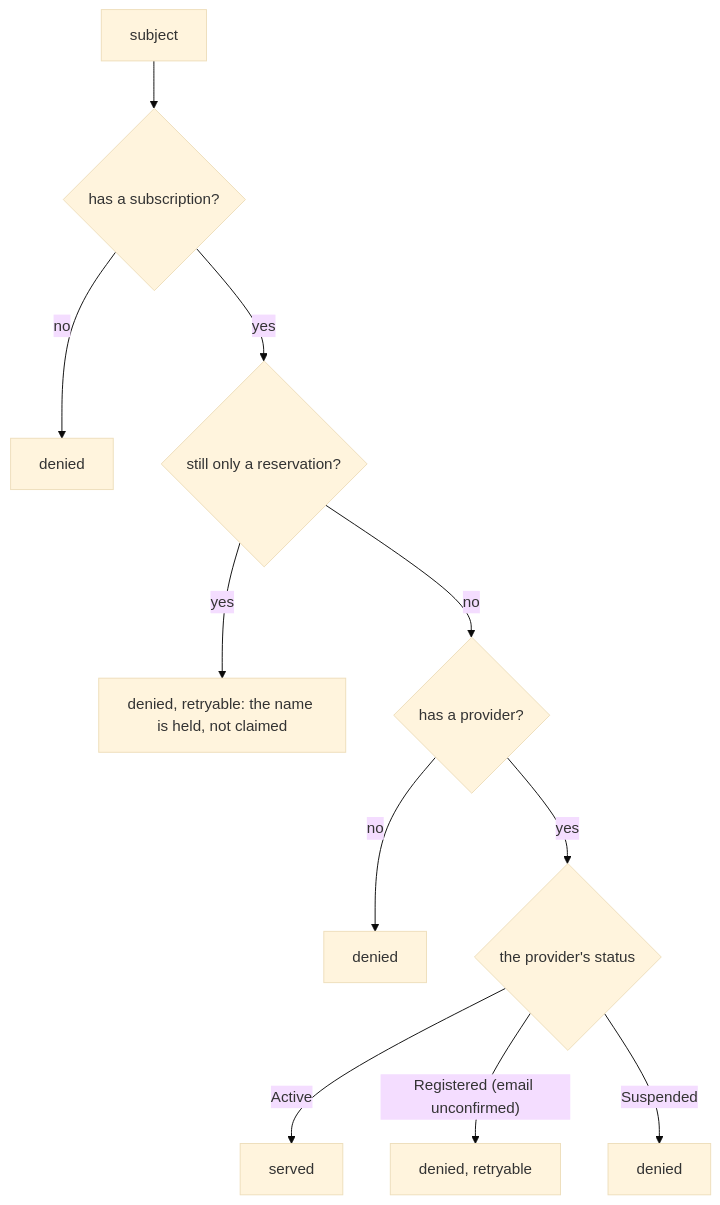
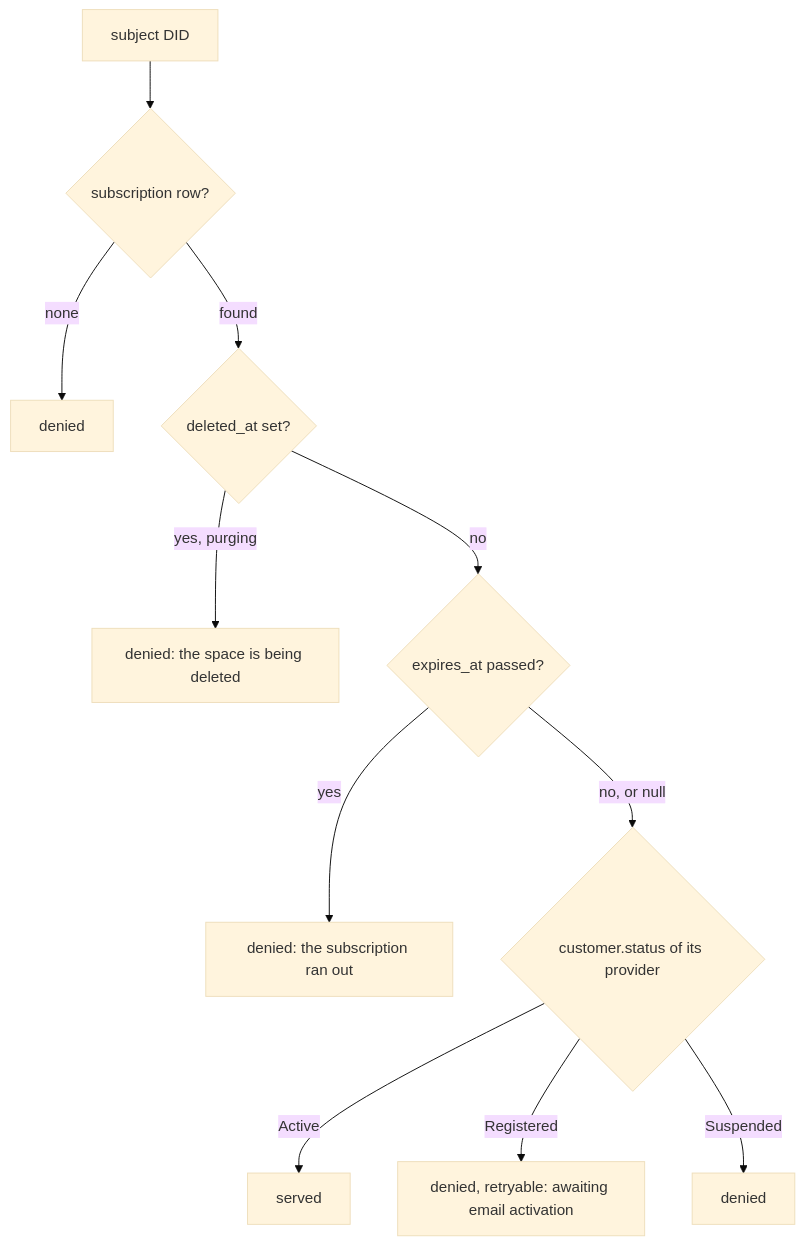
Before and after one commit to tonk-labs/tonk: the second of 3 diagrams in docs/access-control-schema.md, drawn with Mermaid (base theme). The commit also changed other lines of this file and 19 other files, not shown here.

````diff
--- a/docs/access-control-schema.md
+++ b/docs/access-control-schema.md
@@ -81,13 +80,13 @@
 ```mermaid
 flowchart TD
-    A["subject"] --> D{"has a subscription?"}
-    D -->|no| E["denied"]
-    D -->|yes| F{"still only a reservation?"}
-    F -->|yes| G["denied, retryable: the name is held, not claimed"]
-    F -->|no| H{"has a provider?"}
-    H -->|no| I["denied"]
-    H -->|yes| Z{"the provider's status"}
+    A["subject DID"] --> D{"subscription row?"}
+    D -->|none| E["denied"]
+    D -->|found| X{"deleted_at set?"}
+    X -->|yes, purging| Y["denied: the space is being deleted"]
+    X -->|no| F{"expires_at passed?"}
+    F -->|yes| G["denied: the subscription ran out"]
+    F -->|"no, or null"| Z{"customer.status of its provider"}
     Z -->|Active| K["served"]
-    Z -->|"Registered (email unconfirmed)"| L["denied, retryable"]
+    Z -->|Registered| L["denied, retryable: awaiting email activation"]
     Z -->|Suspended| M["denied"]
 ```
````
